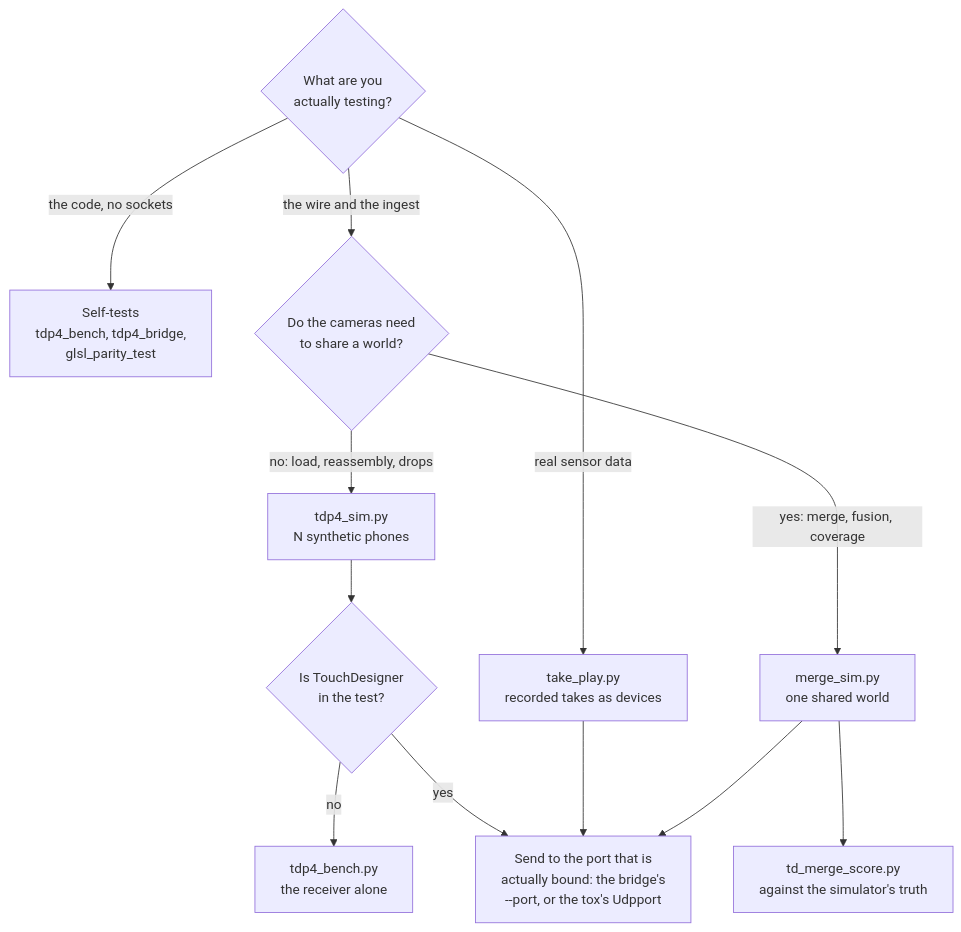
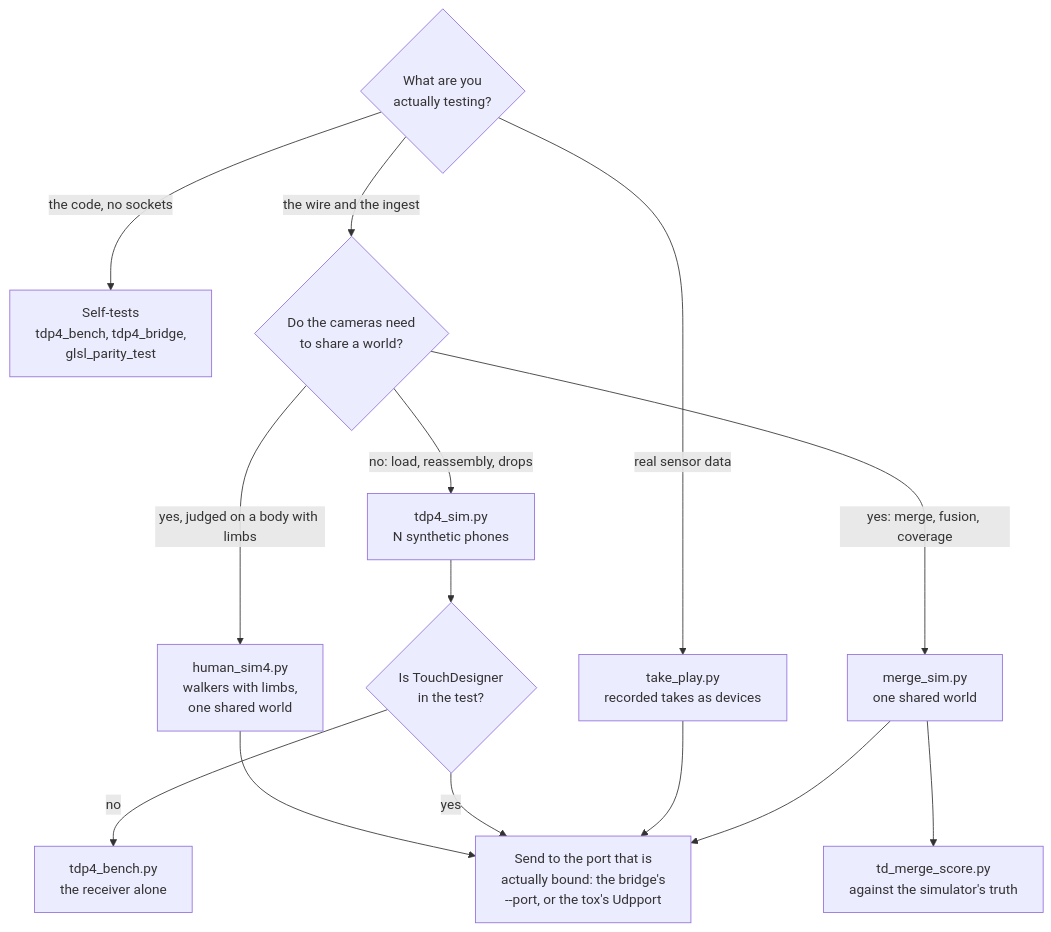
Before and after one commit to AristidesAI/TDStage-Docs: the diagram in td/testing.md, drawn with Mermaid. The commit also changed other lines of this file and 12 other files, not shown here.

````diff
--- a/td/testing.md
+++ b/td/testing.md
@@ -29,25 +30,28 @@
 ```mermaid
 flowchart TD
   Q0{"What are you<br/>actually testing?"}
   ST["Self-tests<br/>tdp4_bench, tdp4_bridge,<br/>glsl_parity_test"]
   Q1{"Do the cameras need<br/>to share a world?"}
   TK["take_play.py<br/>recorded takes as devices"]
   SIM["tdp4_sim.py<br/>N synthetic phones"]
   MS["merge_sim.py<br/>one shared world"]
+  HS["human_sim4.py<br/>walkers with limbs,<br/>one shared world"]
   Q2{"Is TouchDesigner<br/>in the test?"}
   BE["tdp4_bench.py<br/>the receiver alone"]
   PORT["Send to the port that is<br/>actually bound: the bridge's<br/>--port, or the tox's Udpport"]
   SC["td_merge_score.py<br/>against the simulator's truth"]
 
   Q0 -- "the code, no sockets" --> ST
   Q0 -- "the wire and the ingest" --> Q1
   Q0 -- "real sensor data" --> TK
   Q1 -- "no: load, reassembly, drops" --> SIM
   Q1 -- "yes: merge, fusion, coverage" --> MS
+  Q1 -- "yes, judged on a body with limbs" --> HS
+  HS --> PORT
   SIM --> Q2
   Q2 -- "no" --> BE
   Q2 -- "yes" --> PORT
   TK --> PORT
   MS --> PORT
   MS --> SC
 ```
````
